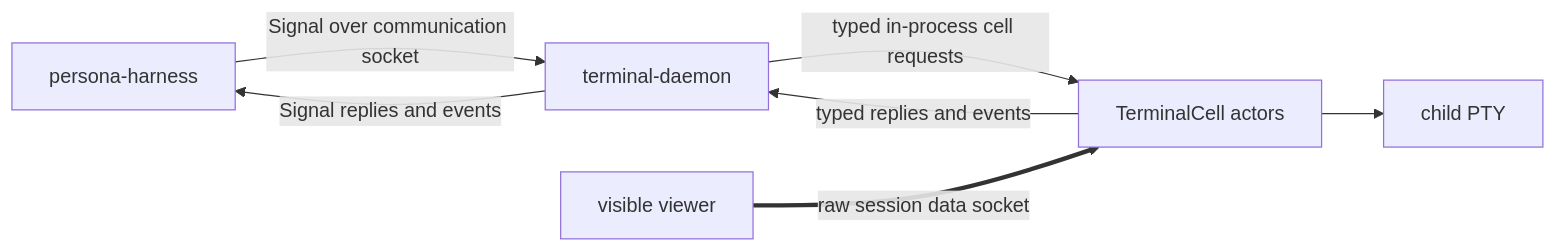
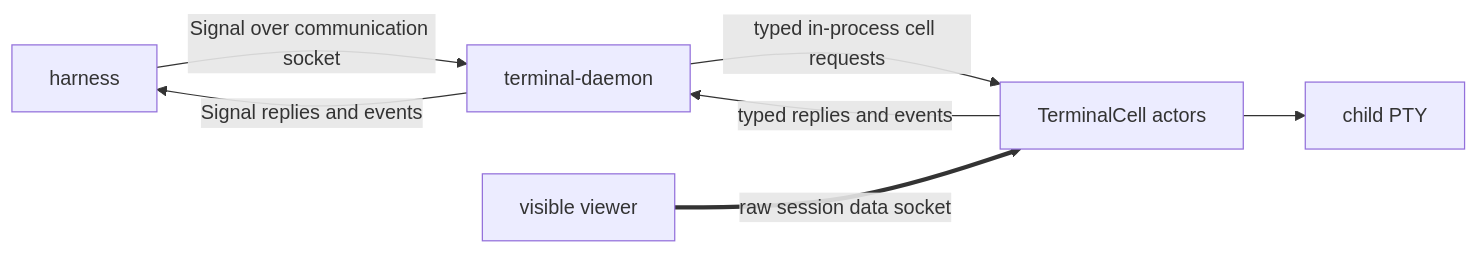
The diagram in ARCHITECTURE.md (LiGoldragon/terminal), drawn with Mermaid before and after one commit. The commit also changed other lines of this file and 10 other files, not shown here.

````diff
--- a/ARCHITECTURE.md
+++ b/ARCHITECTURE.md
@@ -32,15 +32,15 @@
 ```mermaid
 flowchart LR
-    harness["persona-harness"]
+    harness["harness"]
     terminal["terminal-daemon"]
     cell["TerminalCell actors"]
     viewer["visible viewer"]
     child["child PTY"]
 
     harness -- "Signal over communication socket" --> terminal
     terminal -- "typed in-process cell requests" --> cell
     cell -- "typed replies and events" --> terminal
     terminal -- "Signal replies and events" --> harness
     viewer == "raw session data socket" ==> cell
     cell --> child
 ```
````
